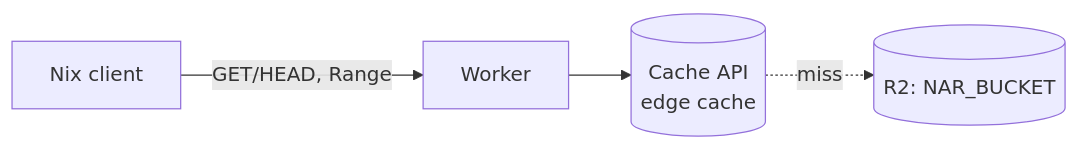
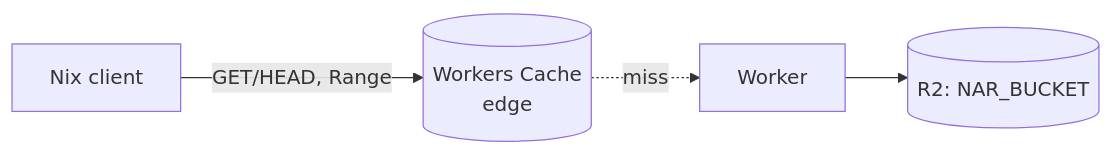
One commit to T4ko0522/cf-edgeNix changed the second of 4 diagrams in README.ja.md. Above: the diagram before and after it, drawn with Mermaid. The commit also changed other lines of this file and 3 other files, not shown here.

First line of the commit message:
docs(cache): 📝 キャッシュ階層を Workers Cache 構成に改訂

````diff
--- a/README.ja.md
+++ b/README.ja.md
@@ -38,6 +38,6 @@
 ```mermaid
 flowchart LR
-    Client[Nix client] -->|GET/HEAD, Range| W[Worker]
-    W --> CACHE[(Cache API<br/>edge cache)]
-    CACHE -. miss .-> R2[(R2: NAR_BUCKET)]
+    Client[Nix client] -->|GET/HEAD, Range| WC[(Workers Cache<br/>edge)]
+    WC -. miss .-> W[Worker]
+    W --> R2[(R2: NAR_BUCKET)]
 ```
````
